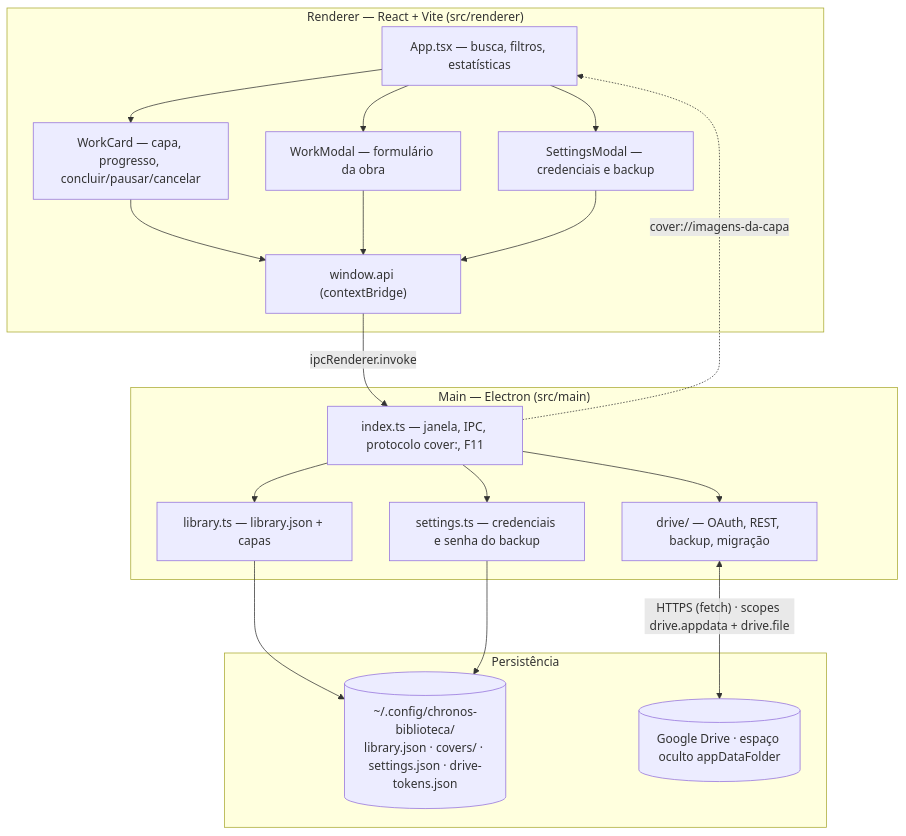
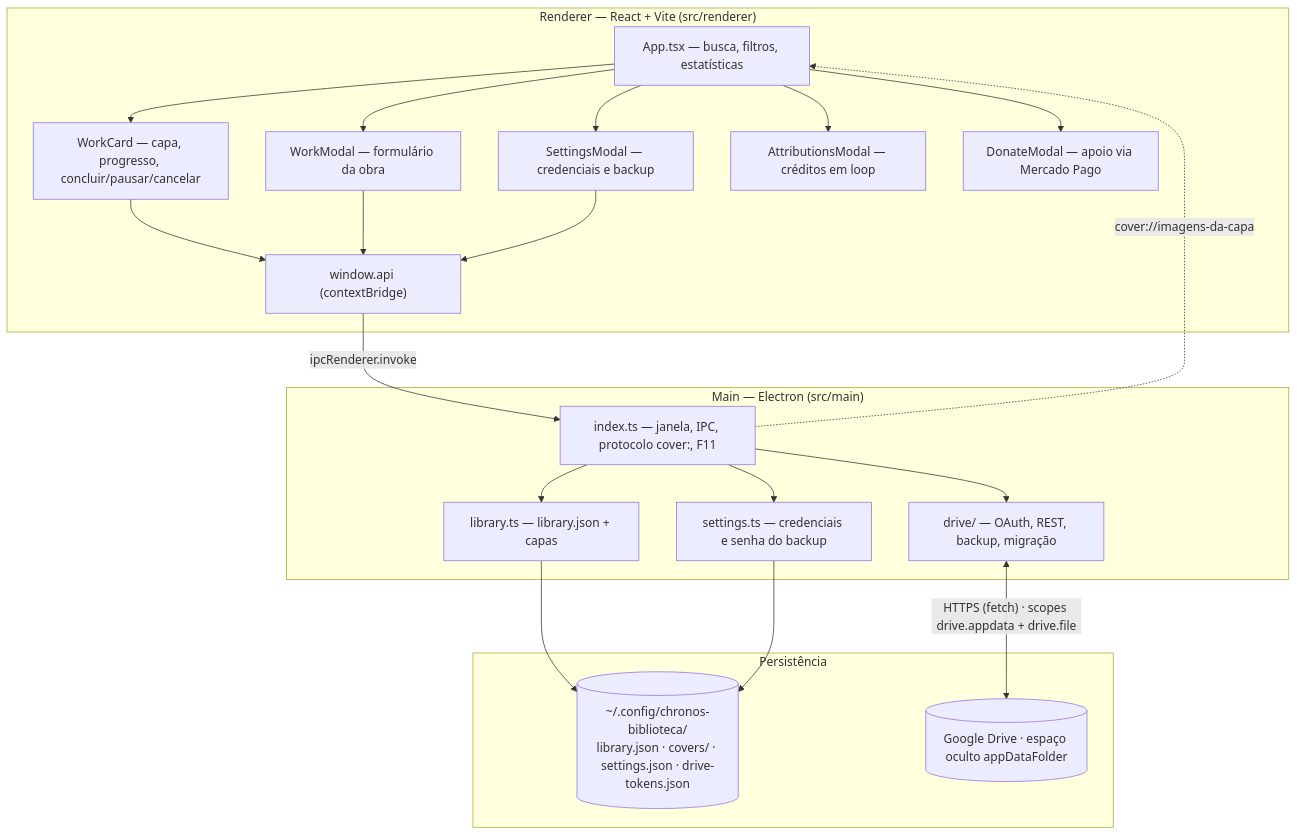
The first of 5 diagrams in README.md (chronos-atalante/chronos-biblioteca), drawn with Mermaid before and after one commit. The commit also changed other lines of this file and 12 other files, not shown here.

````diff
--- a/README.md
+++ b/README.md
@@ -157,35 +163,39 @@
 ```mermaid
 flowchart TD
     subgraph RENDERER["Renderer — React + Vite (src/renderer)"]
         UI1["App.tsx — busca, filtros, estatísticas"]
         UI2["WorkCard — capa, progresso, concluir/pausar/cancelar"]
         UI3["WorkModal — formulário da obra"]
         UI4["SettingsModal — credenciais e backup"]
+        UI5["AttributionsModal — créditos em loop"]
+        UI6["DonateModal — apoio via Mercado Pago"]
         BRIDGE["window.api (contextBridge)"]
         UI1 --> UI2
         UI1 --> UI3
         UI1 --> UI4
+        UI1 --> UI5
+        UI1 --> UI6
         UI2 --> BRIDGE
         UI3 --> BRIDGE
         UI4 --> BRIDGE
     end
 
     subgraph MAIN["Main — Electron (src/main)"]
         IDX["index.ts — janela, IPC, protocolo cover:, F11"]
         LIB["library.ts — library.json + capas"]
         SET["settings.ts — credenciais e senha do backup"]
         DRV["drive/ — OAuth, REST, backup, migração"]
     end
 
     subgraph STORAGE["Persistência"]
         LOKAL[("~/.config/chronos-biblioteca/<br/>library.json · covers/ · settings.json · drive-tokens.json")]
         DRIVE[("Google Drive · espaço oculto appDataFolder")]
     end
 
     BRIDGE -->|"ipcRenderer.invoke"| IDX
     IDX --> LIB --> LOKAL
     IDX --> SET --> LOKAL
     IDX --> DRV
     DRV <-->|"HTTPS (fetch) · scopes drive.appdata + drive.file"| DRIVE
     IDX -.->|"cover://imagens-da-capa"| UI1
 ```
````
